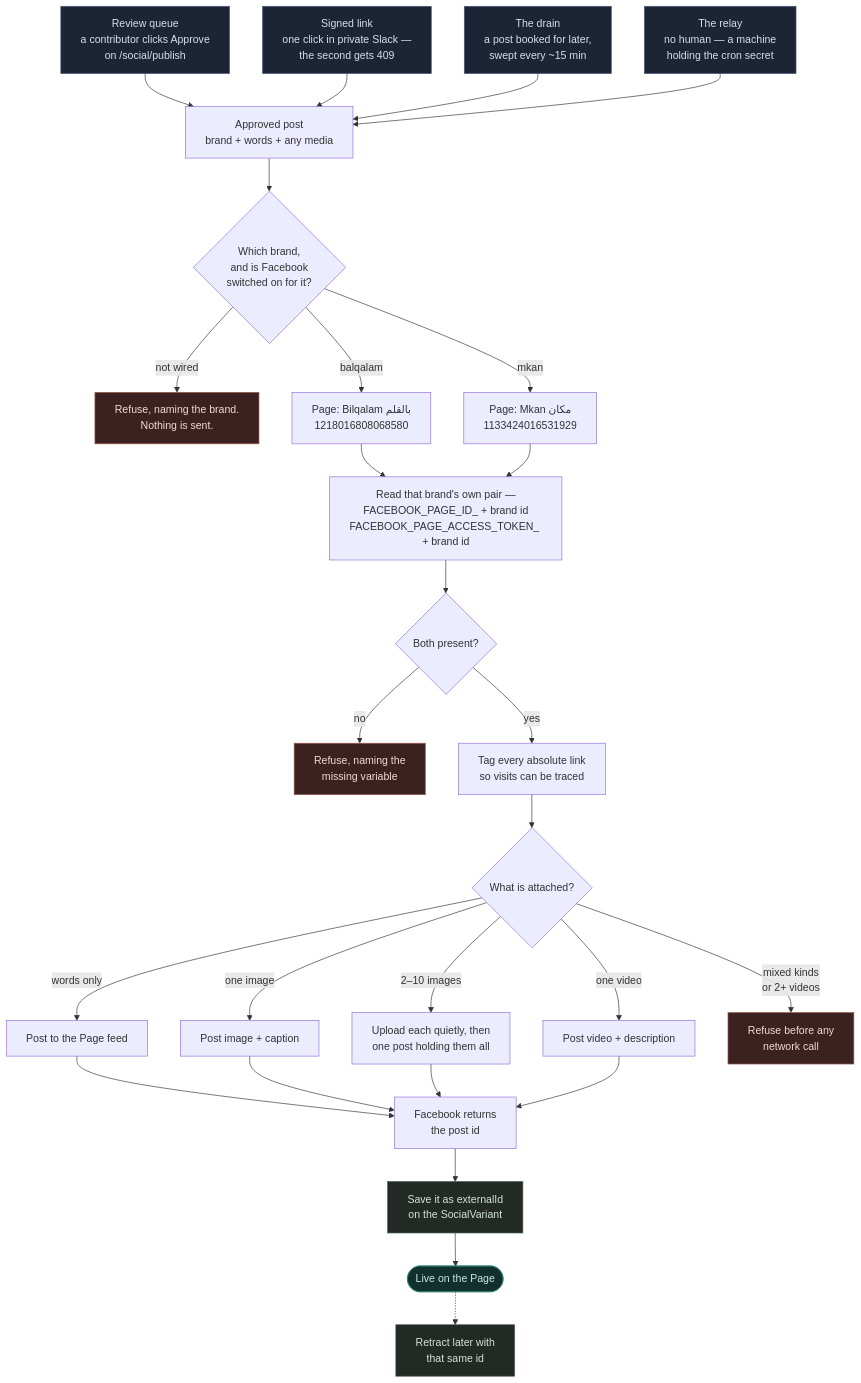
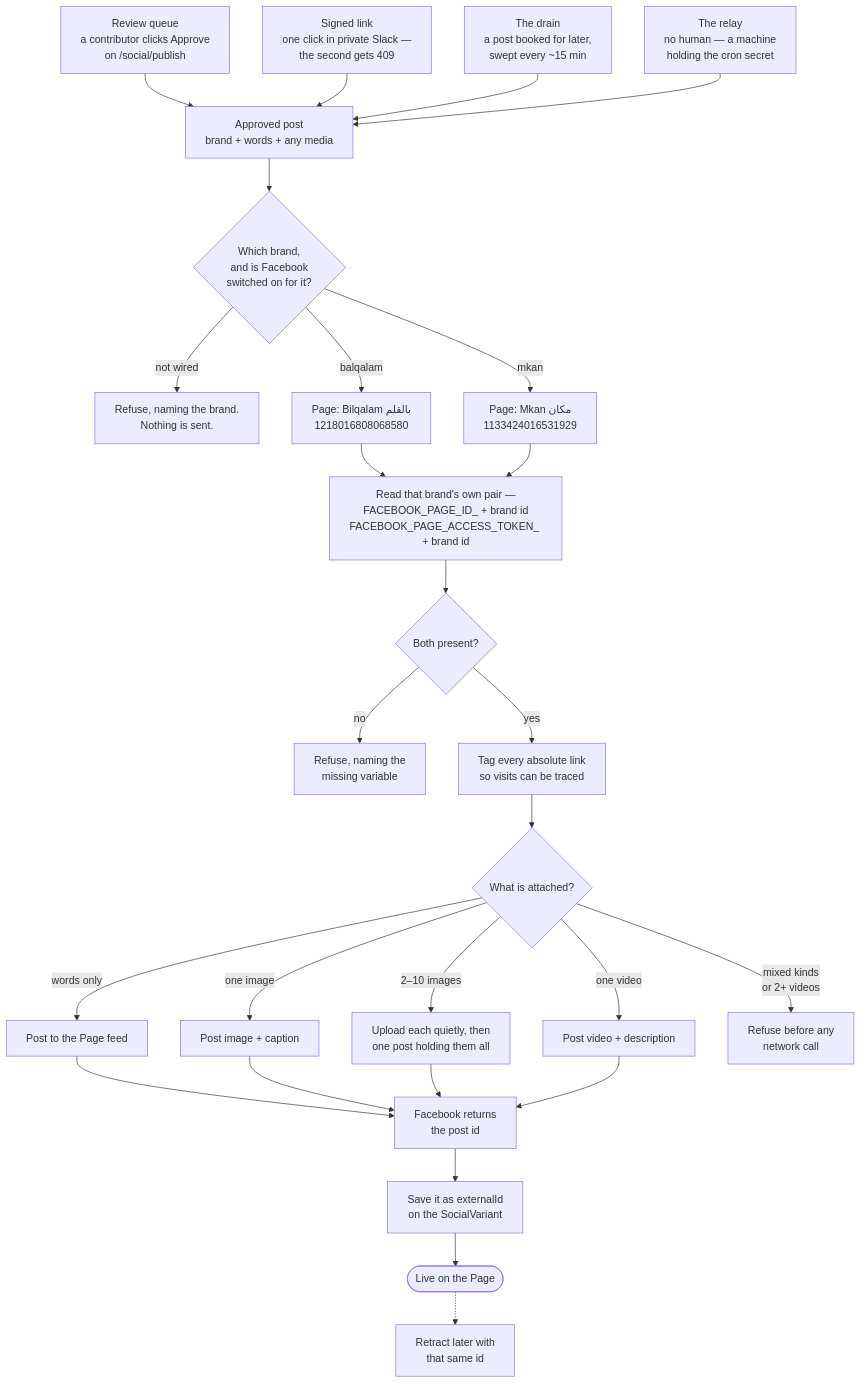
Before and after one commit to databayt/kun: the second of 2 diagrams in content/docs/social/index.mdx, drawn with Mermaid. The commit also changed other lines of this file, not shown here.

Commit message:
docs(social): one colour for every box
Both charts on the page were painting boxes by category — amber for the
steps a person performs, teal for the moment a post goes live, a dark navy
for the four doors, a red-brown for a refusal. Four hardcoded palettes
between them, none of which the theme knows about, and the effect in a
light page was a chart that looked like four different charts.

Every node is the theme's own colour now: the purple in light, its
counterpart in dark, and nothing hardcoded in between. Which also means
the charts follow the reader's theme instead of insisting on their own —
the old fills were dark-mode values sitting in a light page.

The one thing the colour was carrying, the journey chart's "these steps
are yours", is said in words above it instead: eleven of the seventeen,
1 to 7 and 11 to 14. A sentence does that better than a legend nobody
was given.

````diff
--- a/content/docs/social/index.mdx
+++ b/content/docs/social/index.mdx
@@ -331,43 +327,35 @@
 ```mermaid
 flowchart TD
   D1["Review queue<br/>a contributor clicks Approve<br/>on /social/publish"] --> A
   D2["Signed link<br/>one click in private Slack —<br/>the second gets 409"] --> A
   D3["The drain<br/>a post booked for later,<br/>swept every ~15 min"] --> A
   D4["The relay<br/>no human — a machine<br/>holding the cron secret"] --> A
 
   A["Approved post<br/>brand + words + any media"] --> B{"Which brand,<br/>and is Facebook<br/>switched on for it?"}
 
   B -- "not wired" --> S1["Refuse, naming the brand.<br/>Nothing is sent."]
   B -- "balqalam" --> P1["Page: Bilqalam بالقلم<br/>1218016808068580"]
   B -- "mkan" --> P2["Page: Mkan مكان<br/>1133424016531929"]
 
   P1 --> K["Read that brand's own pair —<br/>FACEBOOK_PAGE_ID_ + brand id<br/>FACEBOOK_PAGE_ACCESS_TOKEN_ + brand id"]
   P2 --> K
   K --> Q{"Both present?"}
   Q -- no --> S2["Refuse, naming the<br/>missing variable"]
   Q -- yes --> U["Tag every absolute link<br/>so visits can be traced"]
 
   U --> M{"What is attached?"}
   M -- "words only" --> F1["Post to the Page feed"]
   M -- "one image" --> F2["Post image + caption"]
   M -- "2–10 images" --> F3["Upload each quietly, then<br/>one post holding them all"]
   M -- "one video" --> F4["Post video + description"]
   M -- "mixed kinds<br/>or 2+ videos" --> S3["Refuse before any<br/>network call"]
 
   F1 --> R["Facebook returns<br/>the post id"]
   F2 --> R
   F3 --> R
   F4 --> R
   R --> SAVE["Save it as externalId<br/>on the SocialVariant"]
   SAVE --> LIVE(["Live on the Page"])
   LIVE -.-> DEL["Retract later with<br/>that same id"]
 
-  classDef stop fill:#3b2220,stroke:#a35a4e,color:#f2d9d4;
-  classDef live fill:#12312e,stroke:#2f7d72,color:#c6e8e2;
-  classDef keep fill:#232a25,stroke:#4a6350,color:#d3e3d7;
-  classDef door fill:#1d2436,stroke:#4d5a7a,color:#d7deee;
-  class S1,S2,S3 stop;
-  class LIVE live;
-  class SAVE,DEL keep;
-  class D1,D2,D3,D4 door;
 ```
````
